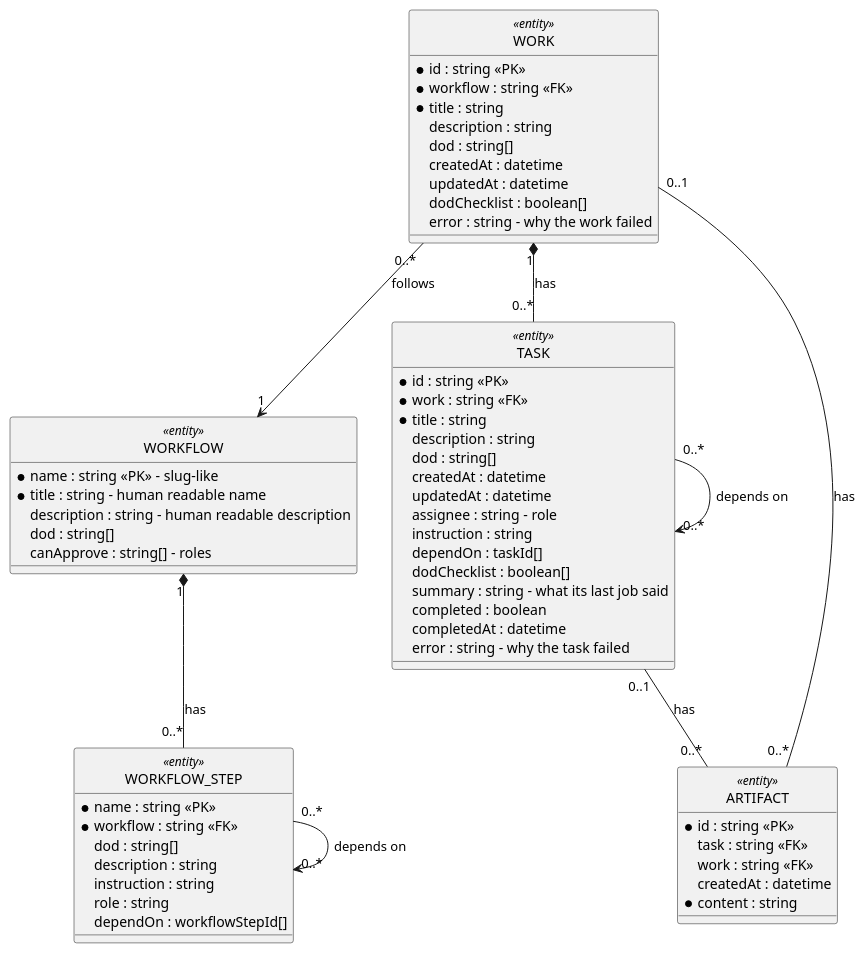
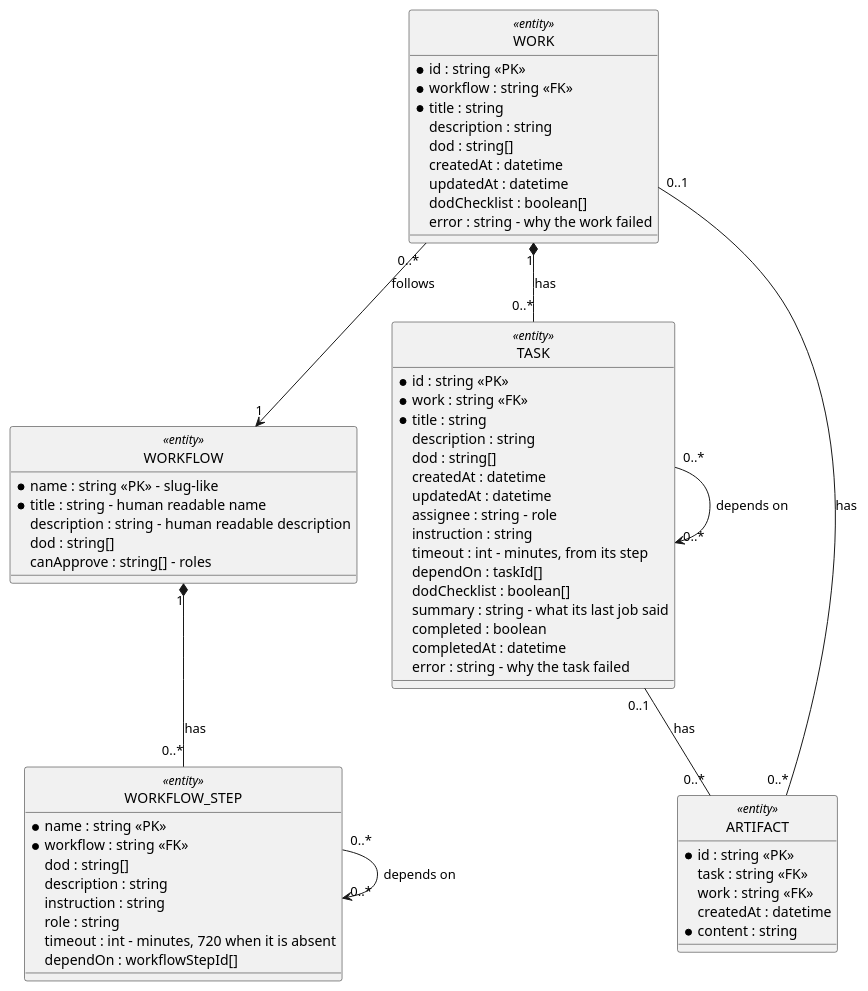
Before and after one commit to longlh/superteam: the diagram in docs/08_concepts/storage/storage.md, drawn with PlantUML. The commit also changed 9 other files, not shown here.

````diff
--- a/docs/08_concepts/storage/storage.md
+++ b/docs/08_concepts/storage/storage.md
@@ -30,69 +30,71 @@
 ```plantuml
 @startuml
 hide circle
 
 class WORKFLOW <<entity>> {
   * name : string <<PK>> - slug-like
   * title : string - human readable name
   description : string - human readable description
   dod : string[]
   canApprove : string[] - roles
 }
 
 class WORKFLOW_STEP <<entity>> {
   * name : string <<PK>>
   * workflow : string <<FK>>
   dod : string[]
   description : string
   instruction : string
   role : string
+  timeout : int - minutes, 720 when it is absent
   dependOn : workflowStepId[]
 }
 
 class WORK <<entity>> {
   * id : string <<PK>>
   * workflow : string <<FK>>
   * title : string
   description : string
   dod : string[]
   createdAt : datetime
   updatedAt : datetime
   dodChecklist : boolean[]
   error : string - why the work failed
 }
 
 class TASK <<entity>> {
   * id : string <<PK>>
   * work : string <<FK>>
   * title : string
   description : string
   dod : string[]
   createdAt : datetime
   updatedAt : datetime
   assignee : string - role
   instruction : string
+  timeout : int - minutes, from its step
   dependOn : taskId[]
   dodChecklist : boolean[]
   summary : string - what its last job said
   completed : boolean
   completedAt : datetime
   error : string - why the task failed
 }
 
 class ARTIFACT <<entity>> {
   * id : string <<PK>>
   task : string <<FK>>
   work : string <<FK>>
   createdAt : datetime
   * content : string
 }
 
 WORKFLOW "1" *-- "0..*" WORKFLOW_STEP : has
 WORKFLOW_STEP "0..*" --> "0..*" WORKFLOW_STEP : depends on
 WORK "0..*" --> "1" WORKFLOW : follows
 WORK "1" *-- "0..*" TASK : has
 TASK "0..*" --> "0..*" TASK : depends on
 TASK "0..1" -- "0..*" ARTIFACT : has
 WORK "0..1" -- "0..*" ARTIFACT : has
 @enduml
 ```
````
